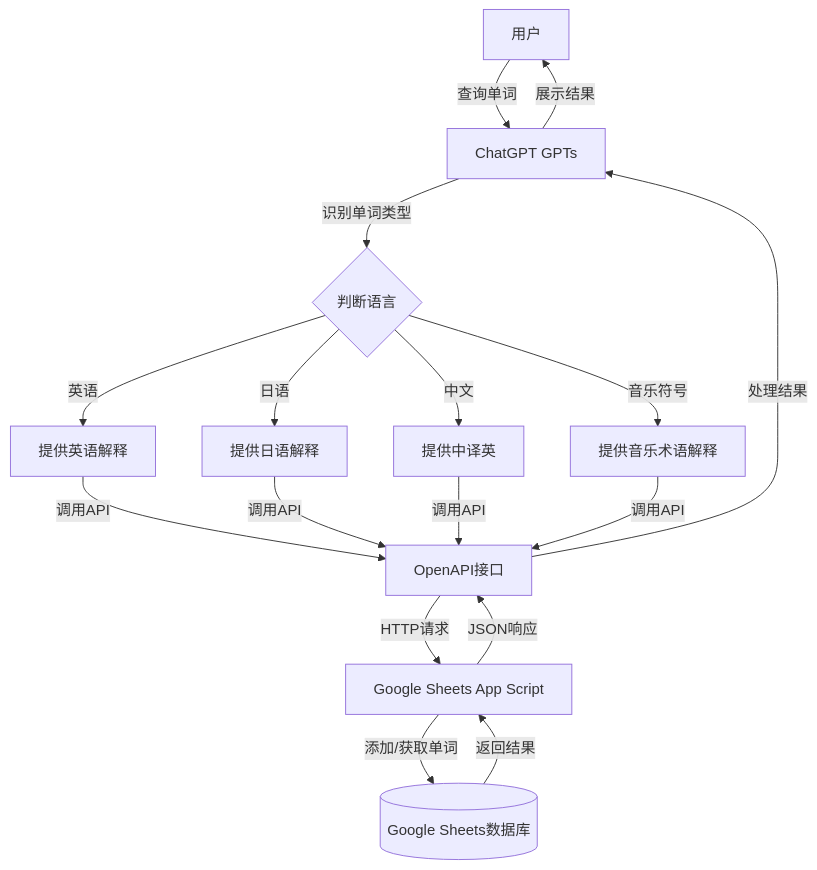
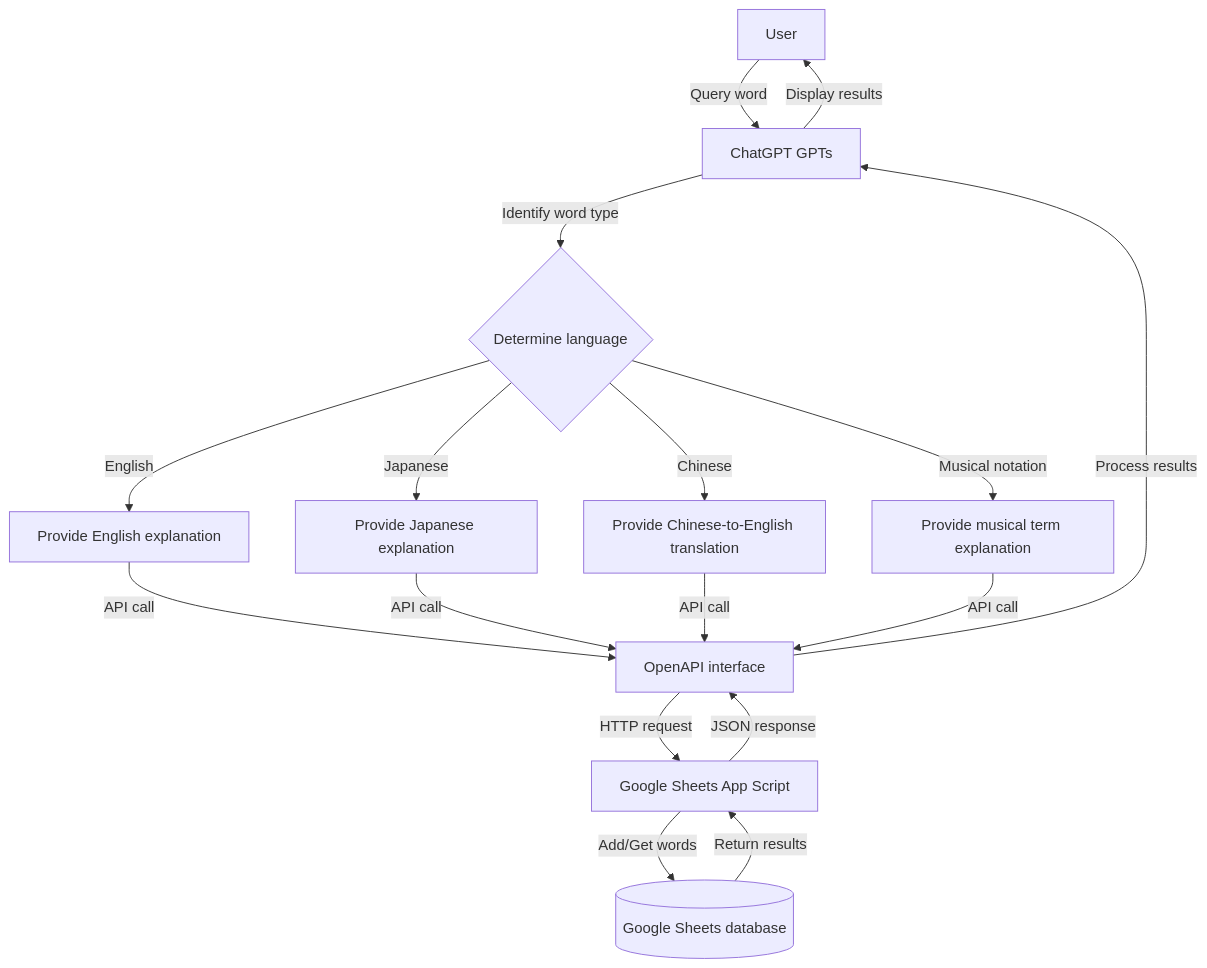
Before and after one commit to MoyuStar/learn_English_with_chatgpt: the diagram in README.md, drawn with Mermaid. The commit also changed other lines of this file, not shown here.

````diff
--- a/README.md
+++ b/README.md
@@ -14,16 +14,16 @@
 ```mermaid
 flowchart TD
-    A[用户] -->|查询单词| B[ChatGPT GPTs]
-    B -->|识别单词类型| C{判断语言}
-    C -->|英语| D[提供英语解释]
-    C -->|日语| E[提供日语解释]
-    C -->|中文| F[提供中译英]
-    C -->|音乐符号| G[提供音乐术语解释]
-    D & E & F & G -->|调用API| H[OpenAPI接口]
-    H -->|HTTP请求| I[Google Sheets App Script]
-    I -->|添加/获取单词| J[(Google Sheets数据库)]
-    J -->|返回结果| I
-    I -->|JSON响应| H
-    H -->|处理结果| B
-    B -->|展示结果| A
+    A[User] -->|Query word| B[ChatGPT GPTs]
+    B -->|Identify word type| C{Determine language}
+    C -->|English| D[Provide English explanation]
+    C -->|Japanese| E[Provide Japanese explanation]
+    C -->|Chinese| F[Provide Chinese-to-English translation]
+    C -->|Musical notation| G[Provide musical term explanation]
+    D & E & F & G -->|API call| H[OpenAPI interface]
+    H -->|HTTP request| I[Google Sheets App Script]
+    I -->|Add/Get words| J[(Google Sheets database)]
+    J -->|Return results| I
+    I -->|JSON response| H
+    H -->|Process results| B
+    B -->|Display results| A
 ```
````
